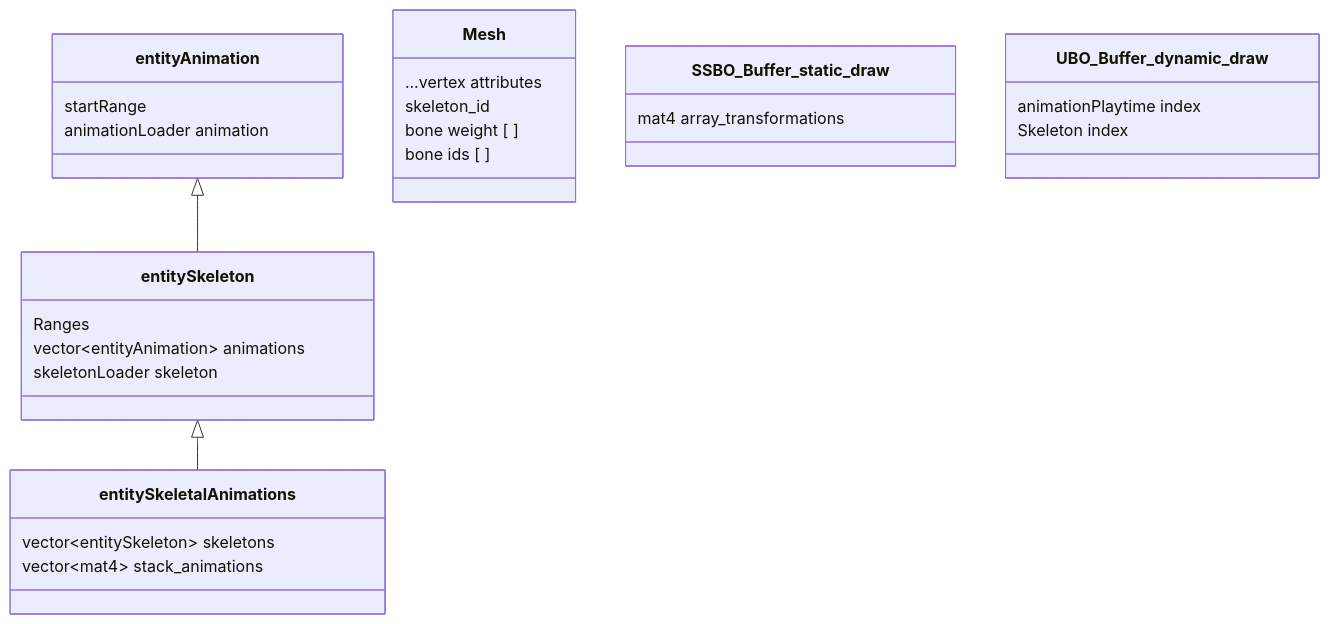
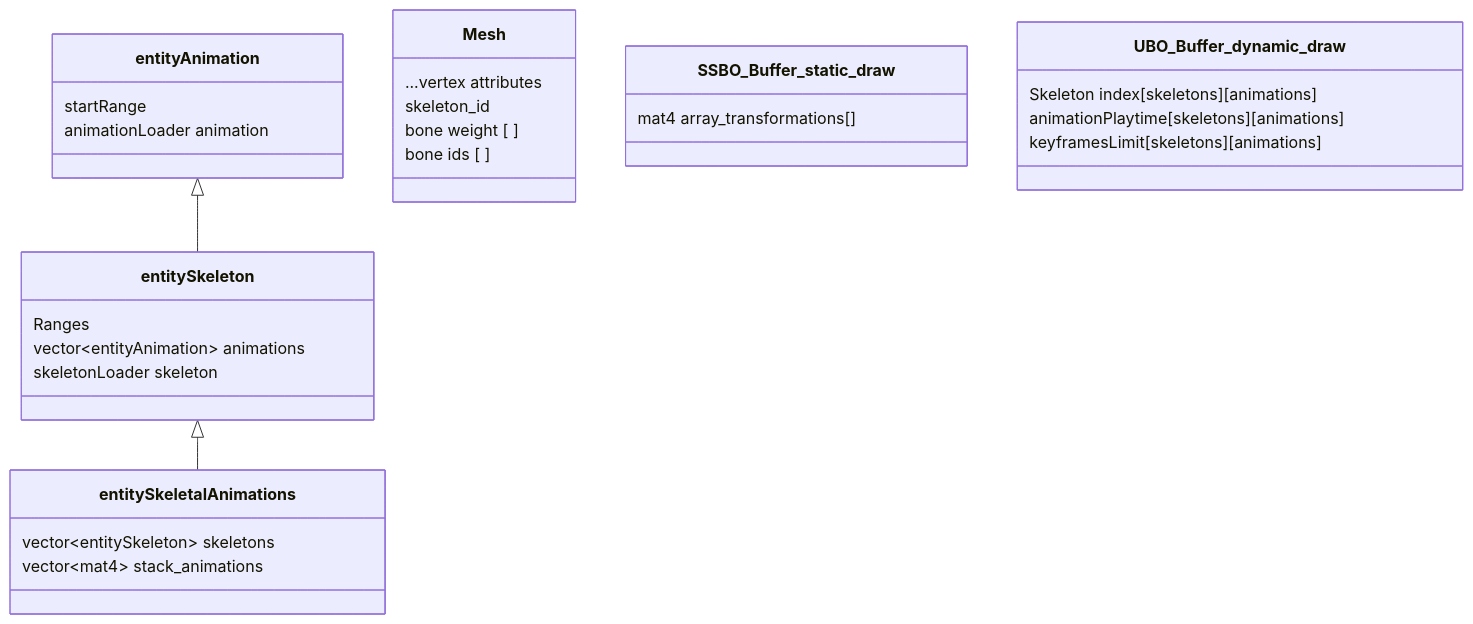
One commit to BraisMarteloLopez/Deus_In_Machina_engine changed the diagram in README.md. Above: the diagram before and after it, drawn with Mermaid.

````diff
--- a/README.md
+++ b/README.md
@@ -40,30 +40,32 @@
 ```mermaid
 classDiagram
     entityAnimation <|-- entitySkeleton
     entitySkeleton <|-- entitySkeletalAnimations
 
     entityAnimation : startRange
     entityAnimation : animationLoader animation
     class entitySkeleton{
       Ranges
       vector#60;entityAnimation#62; animations
       skeletonLoader skeleton
     }
     class entitySkeletalAnimations{
       vector#60;entitySkeleton#62; skeletons
       vector#60;mat4#62; stack_animations
     }
     class Mesh{
       ...vertex attributes
       skeleton_id
       bone weight [ ]
       bone ids [ ]
     }
     class SSBO_Buffer_static_draw{
-      mat4 array_transformations
+      mat4 array_transformations[]
+      
     }
     class UBO_Buffer_dynamic_draw{
-      animationPlaytime index
-      Skeleton index
+      Skeleton index[skeletons][animations]
+      animationPlaytime[skeletons][animations]
+      keyframesLimit[skeletons][animations]
     }
 ```
````
